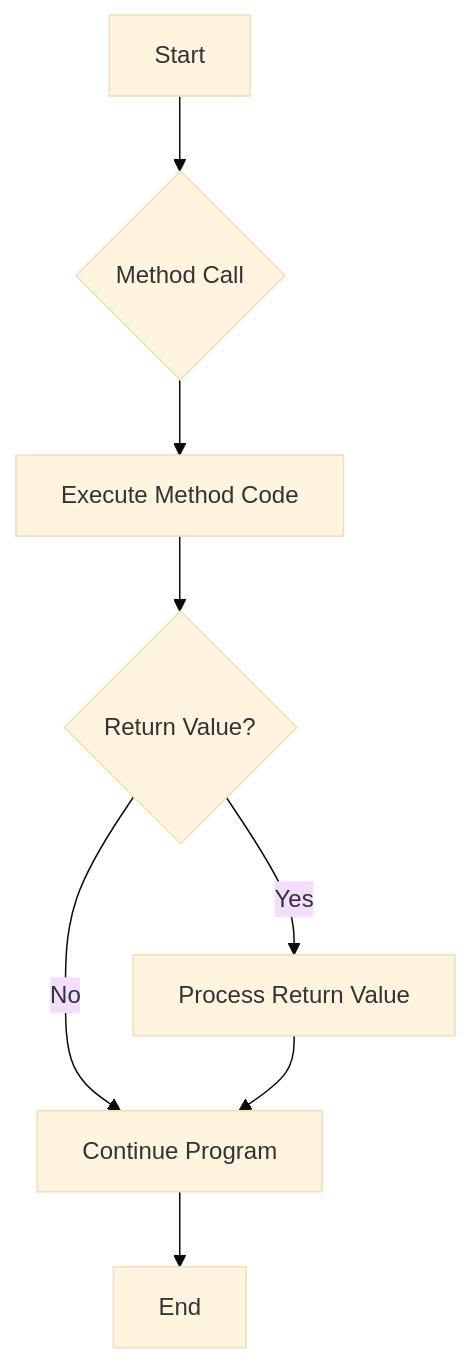
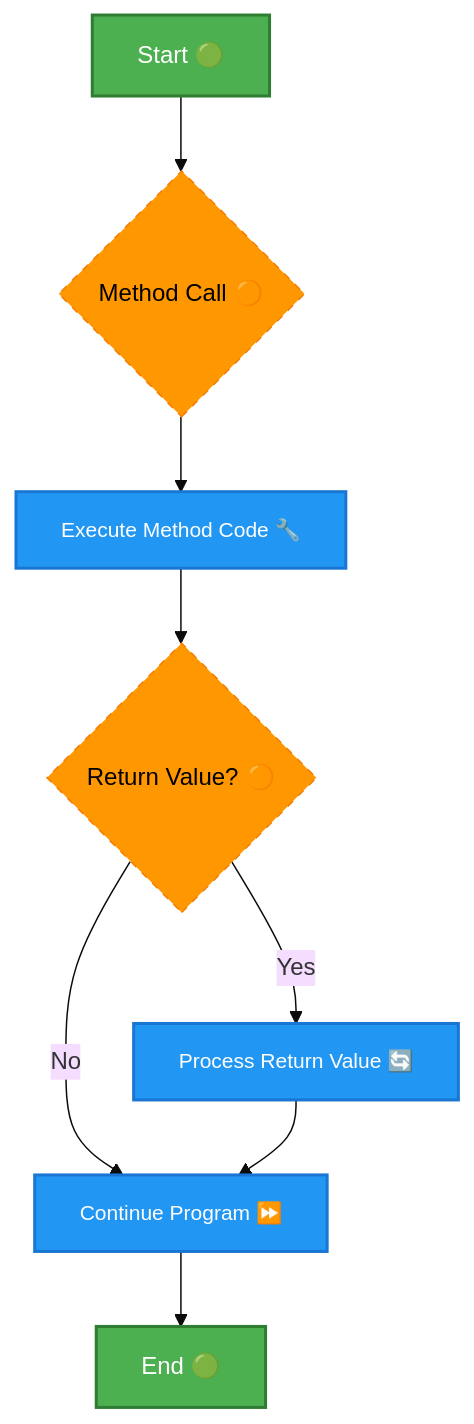
One commit to infoyouth/infoyouth.github.io changed the third of 7 diagrams in _posts/2024-12-16-08.-oops-in-java.md. Above: the diagram before and after it, drawn with Mermaid (base theme). The commit also changed other lines of this file and 1 other file, not shown here.

````diff
--- a/_posts/2024-12-16-08.-oops-in-java.md
+++ b/_posts/2024-12-16-08.-oops-in-java.md
@@ -402,10 +459,21 @@
 ```mermaid
 flowchart TD
-    A[Start] --> B{Method Call};
-    B --> C[Execute Method Code];
-    C --> D{Return Value?};
-    D -- Yes --> E[Process Return Value];
-    D -- No --> F[Continue Program];
-    E --> F;
-    F --> G[End];
+    %% Node Styles
+    style A fill:#4CAF50,stroke:#2E7D32,color:#FFFFFF,font-size:16px,stroke-width:2px
+    style B fill:#FF9800,stroke:#F57C00,color:#000000,font-size:16px,stroke-dasharray:5,5
+    style C fill:#2196F3,stroke:#1976D2,color:#FFFFFF,font-size:14px,stroke-width:2px
+    style D fill:#FF9800,stroke:#F57C00,color:#000000,font-size:16px,stroke-dasharray:5,5
+    style E fill:#2196F3,stroke:#1976D2,color:#FFFFFF,font-size:14px,stroke-width:2px
+    style F fill:#2196F3,stroke:#1976D2,color:#FFFFFF,font-size:14px,stroke-width:2px
+    style G fill:#4CAF50,stroke:#2E7D32,color:#FFFFFF,font-size:16px,stroke-width:2px
+
+    %% Flowchart Structure
+    A[Start 🟢] --> B{Method Call 🟠}
+    B --> C[Execute Method Code 🔧]
+    C --> D{Return Value? 🟠}
+    D -- Yes --> E[Process Return Value 🔄]
+    D -- No --> F[Continue Program ⏩]
+    E --> F
+    F --> G[End 🟢]
+
 ```
````
